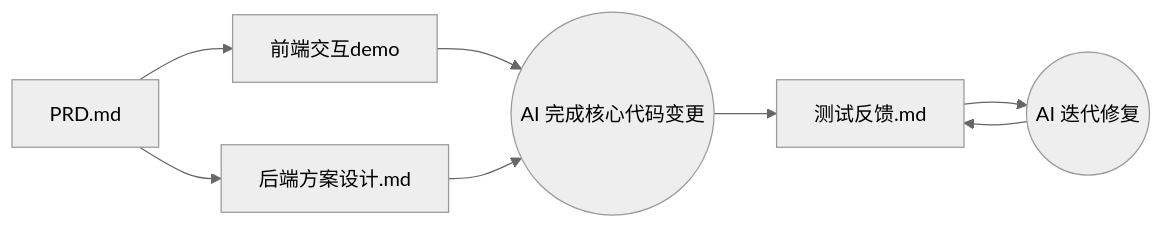
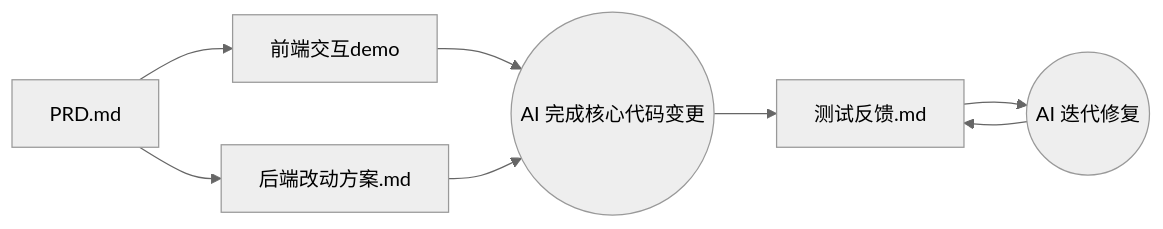
One commit to Refone/MiniRAG changed the first of 2 diagrams in AGENTS.md. Above: the diagram before and after it, drawn with Mermaid (neutral theme). The commit also changed other lines of this file and 6 other files, not shown here.

````diff
--- a/AGENTS.md
+++ b/AGENTS.md
@@ -32,17 +32,17 @@
 ```mermaid
 graph LR
   PRD[PRD.md]
   前端交互demo[前端交互demo]
-  后端方案设计[后端方案设计.md]
+  后端改动方案[后端改动方案.md]
   测试反馈[测试反馈.md]
 
   动工((AI 完成核心代码变更))
   修改((AI 迭代修复))
   PRD --> 前端交互demo
-  PRD --> 后端方案设计
+  PRD --> 后端改动方案
   前端交互demo --> 动工
-  后端方案设计 --> 动工
+  后端改动方案 --> 动工
   动工 --> 测试反馈
   测试反馈 --> 修改
   修改 --> 测试反馈
 ```
````
